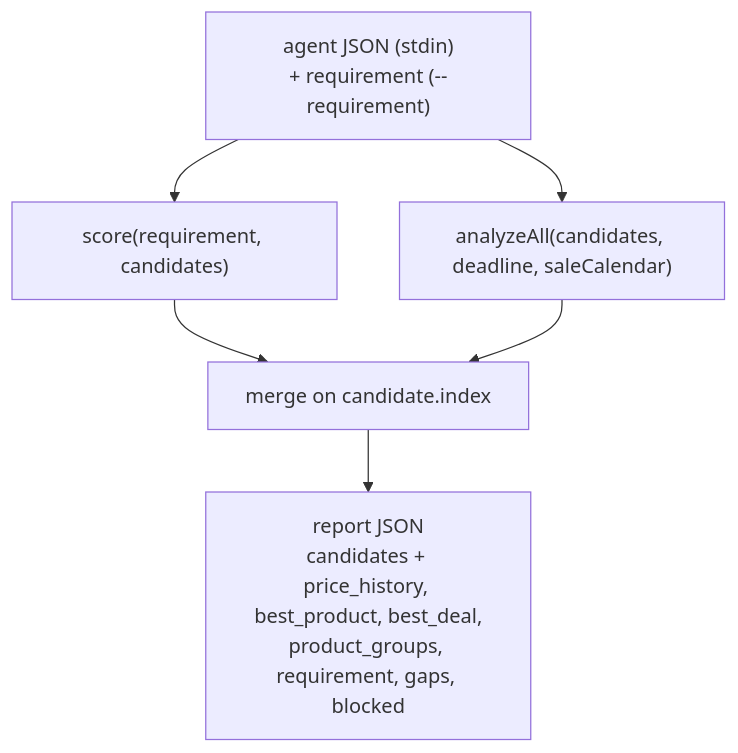
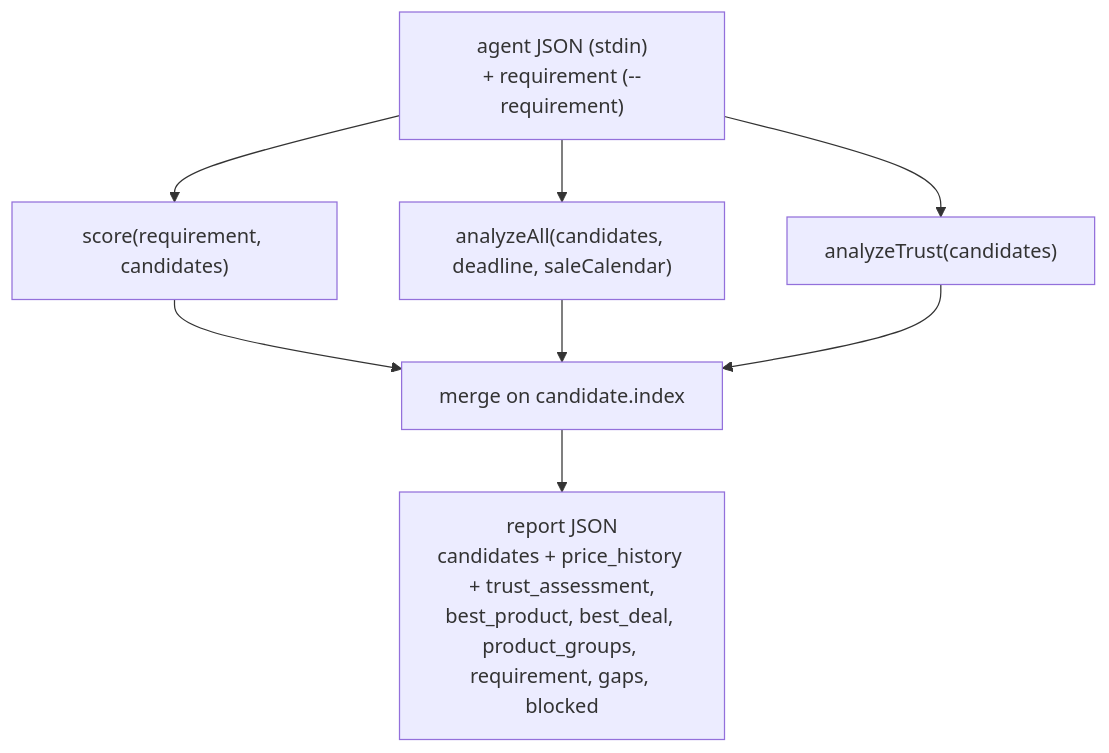
Before and after one commit to abhisheksarkar30/claude-deal-scout: the fifth of 7 diagrams in docs/context/workflows.md, drawn with Mermaid. The commit also changed other lines of this file and 10 other files, not shown here.

````diff
--- a/docs/context/workflows.md
+++ b/docs/context/workflows.md
@@ -145,8 +146,10 @@
 ```mermaid
 flowchart TB
   IN["agent JSON (stdin)<br/>+ requirement (--requirement)"] --> SC["score(requirement, candidates)"]
   IN --> HI["analyzeAll(candidates, deadline, saleCalendar)"]
+  IN --> TR["analyzeTrust(candidates)"]
   SC --> OUT["merge on candidate.index"]
   HI --> OUT
-  OUT --> REP["report JSON<br/>candidates + price_history, best_product, best_deal,<br/>product_groups, requirement, gaps, blocked"]
+  TR --> OUT
+  OUT --> REP["report JSON<br/>candidates + price_history + trust_assessment,<br/>best_product, best_deal, product_groups, requirement, gaps, blocked"]
 ```
````
